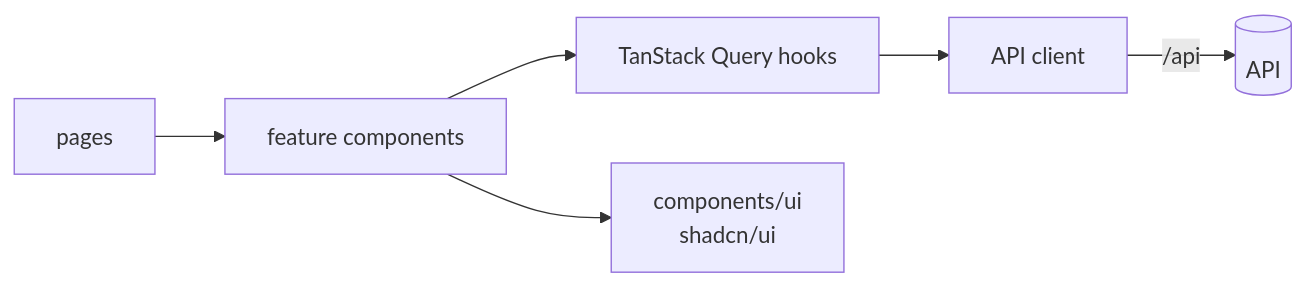
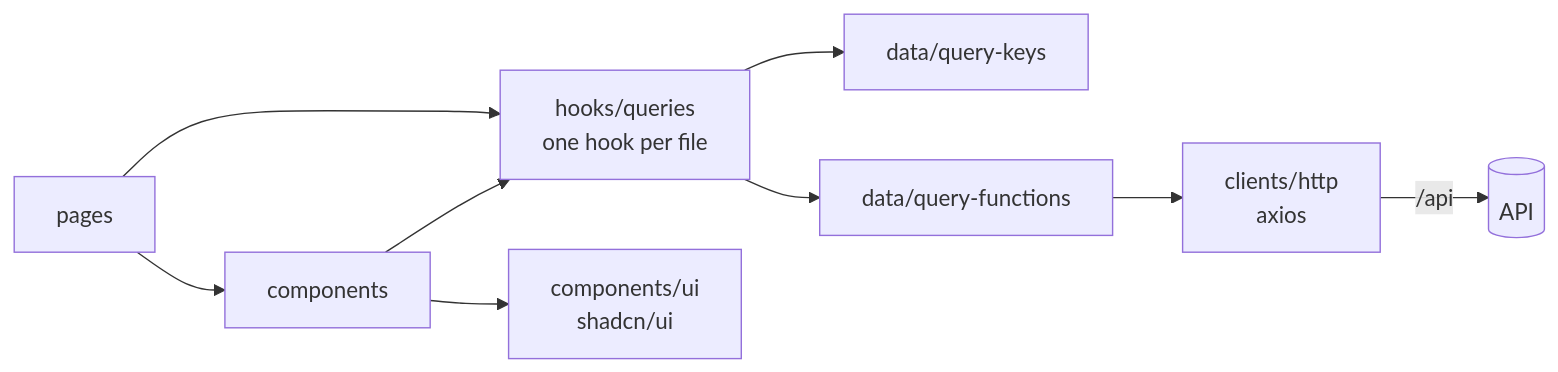
Before and after one commit to Aur316/ai-post-recipe: the diagram in docs/architecture/06-frontend.md, drawn with Mermaid. The commit also changed other lines of this file and 63 other files, not shown here.

````diff
--- a/docs/architecture/06-frontend.md
+++ b/docs/architecture/06-frontend.md
@@ -5,8 +5,11 @@
 ```mermaid
 flowchart LR
-  pages[pages] --> features[feature components]
-  features --> hooks[TanStack Query hooks]
-  hooks --> client[API client]
-  client -->|/api| api[(API)]
-  features --> ui[components/ui<br/>shadcn/ui]
+  pages[pages] --> components[components]
+  pages --> hooks[hooks/queries<br/>one hook per file]
+  components --> hooks
+  hooks --> keys[data/query-keys]
+  hooks --> fns[data/query-functions]
+  fns --> http[clients/http<br/>axios]
+  http -->|/api| api[(API)]
+  components --> ui[components/ui<br/>shadcn/ui]
 ```
````
